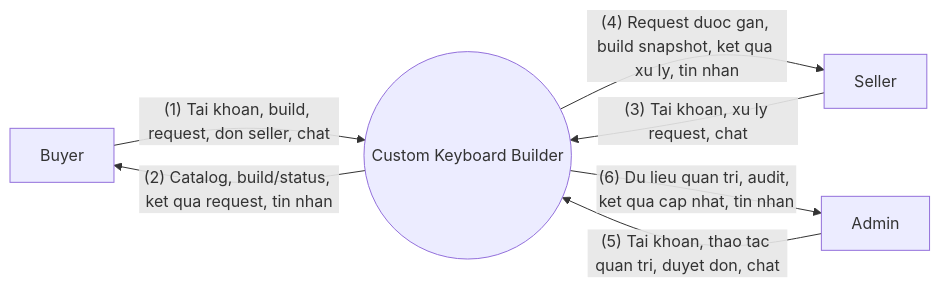
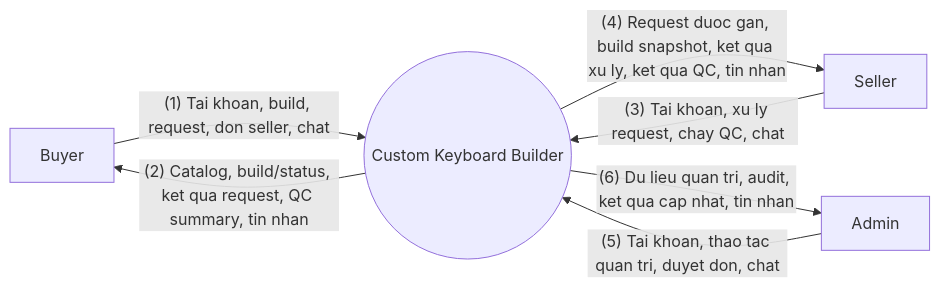
One commit to froynar/Custom_keyboard changed the first of 2 diagrams in Documents_Refactor/Custom_Keyboard_DFD_Context_Level0_Simplified.md. Above: the diagram before and after it, drawn with Mermaid. The commit also changed other lines of this file and 8 other files, not shown here.

Commit message:
hoan thien diagram thay yeu cau

````diff
--- a/Documents_Refactor/Custom_Keyboard_DFD_Context_Level0_Simplified.md
+++ b/Documents_Refactor/Custom_Keyboard_DFD_Context_Level0_Simplified.md
@@ -18,17 +18,17 @@
 ```mermaid
 flowchart LR
     Buyer["Buyer"]
     Seller["Seller"]
     Admin["Admin"]
 
     System(("Custom Keyboard Builder"))
 
     Buyer -- "(1) Tai khoan, build, request, don seller, chat" --> System
-    System -- "(2) Catalog, build/status, ket qua request, tin nhan" --> Buyer
+    System -- "(2) Catalog, build/status, ket qua request, QC summary, tin nhan" --> Buyer
 
-    Seller -- "(3) Tai khoan, xu ly request, chat" --> System
-    System -- "(4) Request duoc gan, build snapshot, ket qua xu ly, tin nhan" --> Seller
+    Seller -- "(3) Tai khoan, xu ly request, chay QC, chat" --> System
+    System -- "(4) Request duoc gan, build snapshot, ket qua xu ly, ket qua QC, tin nhan" --> Seller
 
     Admin -- "(5) Tai khoan, thao tac quan tri, duyet don, chat" --> System
     System -- "(6) Du lieu quan tri, audit, ket qua cap nhat, tin nhan" --> Admin
 ```
````
